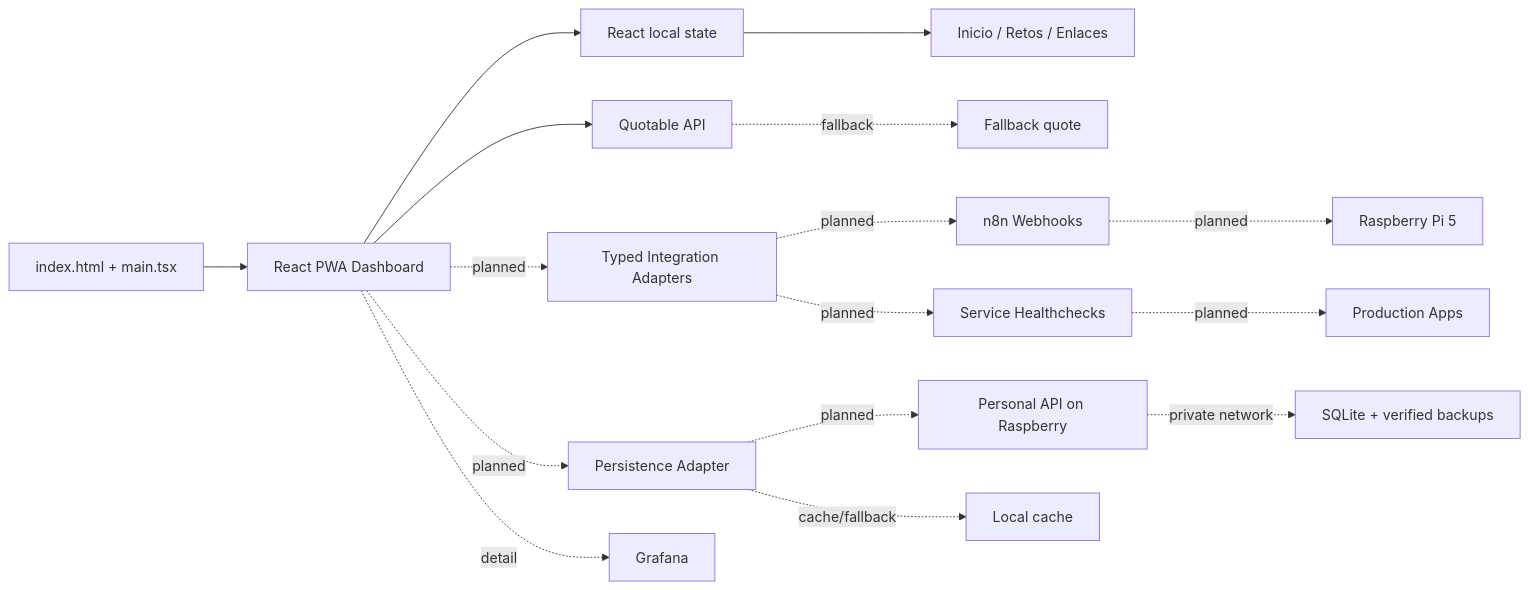
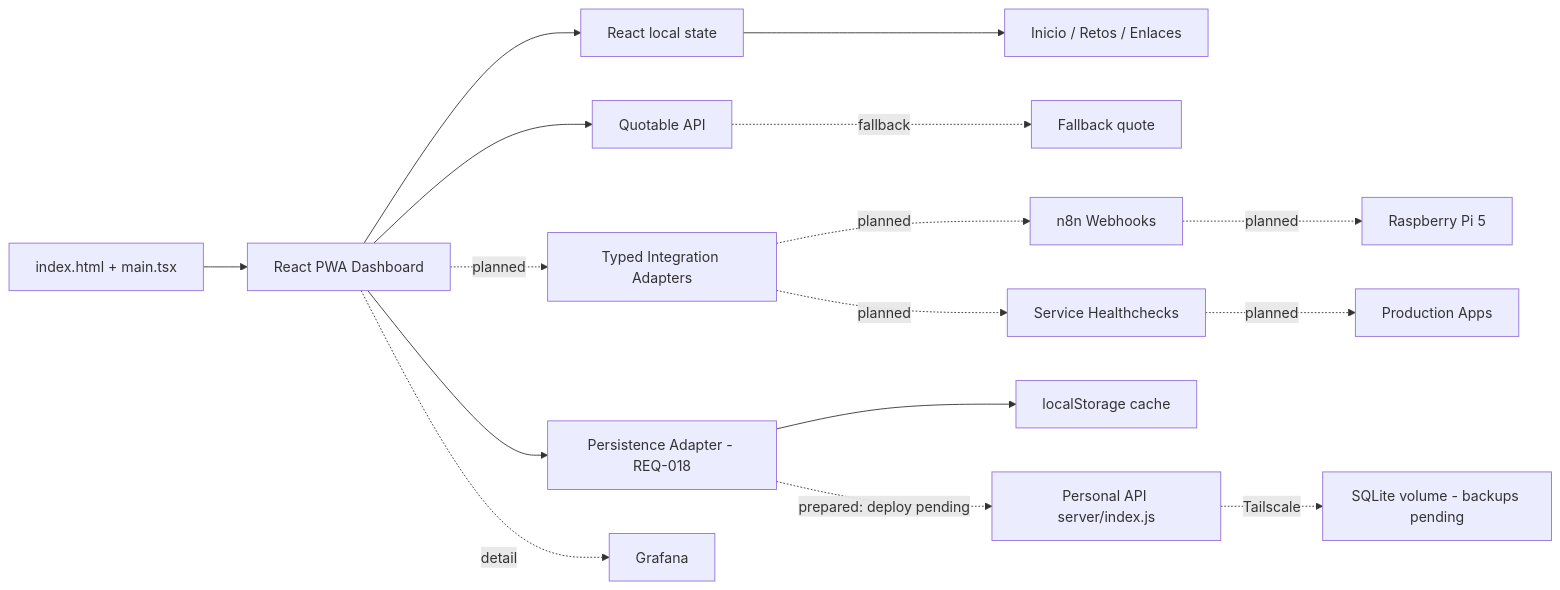
Before and after one commit to alonsomoros/ALON_alxns-hub-app: the diagram in docs/diagramas/architecture-diagrams.mmd, drawn with Mermaid. The commit also changed 44 other files, not shown here.

First line of the commit message:
docs(workflow): redesign agent flow, normalize Issues and sync docs (REQ-019)

```diff
--- a/docs/diagramas/architecture-diagrams.mmd
+++ b/docs/diagramas/architecture-diagrams.mmd
@@ -1,16 +1,16 @@
 flowchart LR
   BOOT[index.html + main.tsx] --> UI[React PWA Dashboard]
   UI --> STATE[React local state]
   STATE --> SCREENS[Inicio / Retos / Enlaces]
   UI --> QUOTE[Quotable API]
   QUOTE -. fallback .-> LOCAL[Fallback quote]
   UI -. planned .-> AD[Typed Integration Adapters]
   AD -. planned .-> N8N[n8n Webhooks]
   N8N -. planned .-> PI[Raspberry Pi 5]
   AD -. planned .-> HC[Service Healthchecks]
   HC -. planned .-> APPS[Production Apps]
-  UI -. planned .-> PA[Persistence Adapter]
-  PA -. planned .-> API[Personal API on Raspberry]
-  API -. private network .-> DB[SQLite + verified backups]
-  PA -. cache/fallback .-> LOCALSTORE[Local cache]
+  UI --> PA[Persistence Adapter - REQ-018]
+  PA --> LOCALSTORE[localStorage cache]
+  PA -. prepared: deploy pending .-> API[Personal API server/index.js]
+  API -. Tailscale .-> DB[SQLite volume - backups pending]
   UI -. detail .-> G[Grafana]
```
